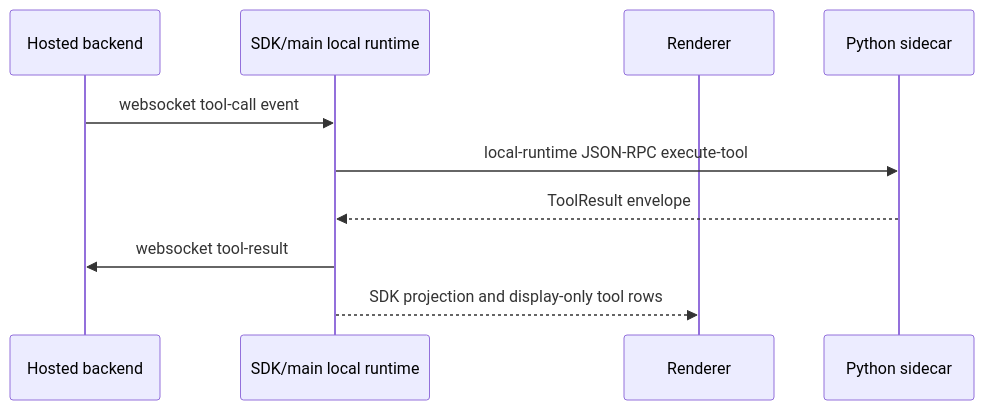
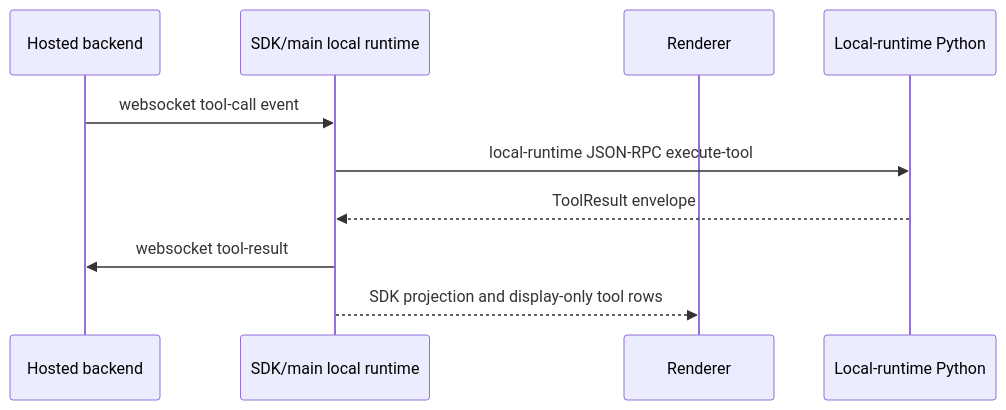
Before and after one commit to buiilding/My_Own_OpenClaw: the diagram in docs/nodes/desktop_and_sidecar_node.md, drawn with Mermaid. The commit also changed other lines of this file and 9 other files, not shown here.

````diff
--- a/docs/nodes/desktop_and_sidecar_node.md
+++ b/docs/nodes/desktop_and_sidecar_node.md
@@ -76,13 +76,13 @@
 ```mermaid
 sequenceDiagram
   participant Backend as Hosted backend
   participant SDK as SDK/main local runtime
   participant Renderer as Renderer
-  participant Sidecar as Python sidecar
+  participant Sidecar as Local-runtime Python
 
   Backend->>SDK: websocket tool-call event
   SDK->>Sidecar: local-runtime JSON-RPC execute-tool
   Sidecar-->>SDK: ToolResult envelope
   SDK->>Backend: websocket tool-result
   SDK-->>Renderer: SDK projection and display-only tool rows
 ```
````
